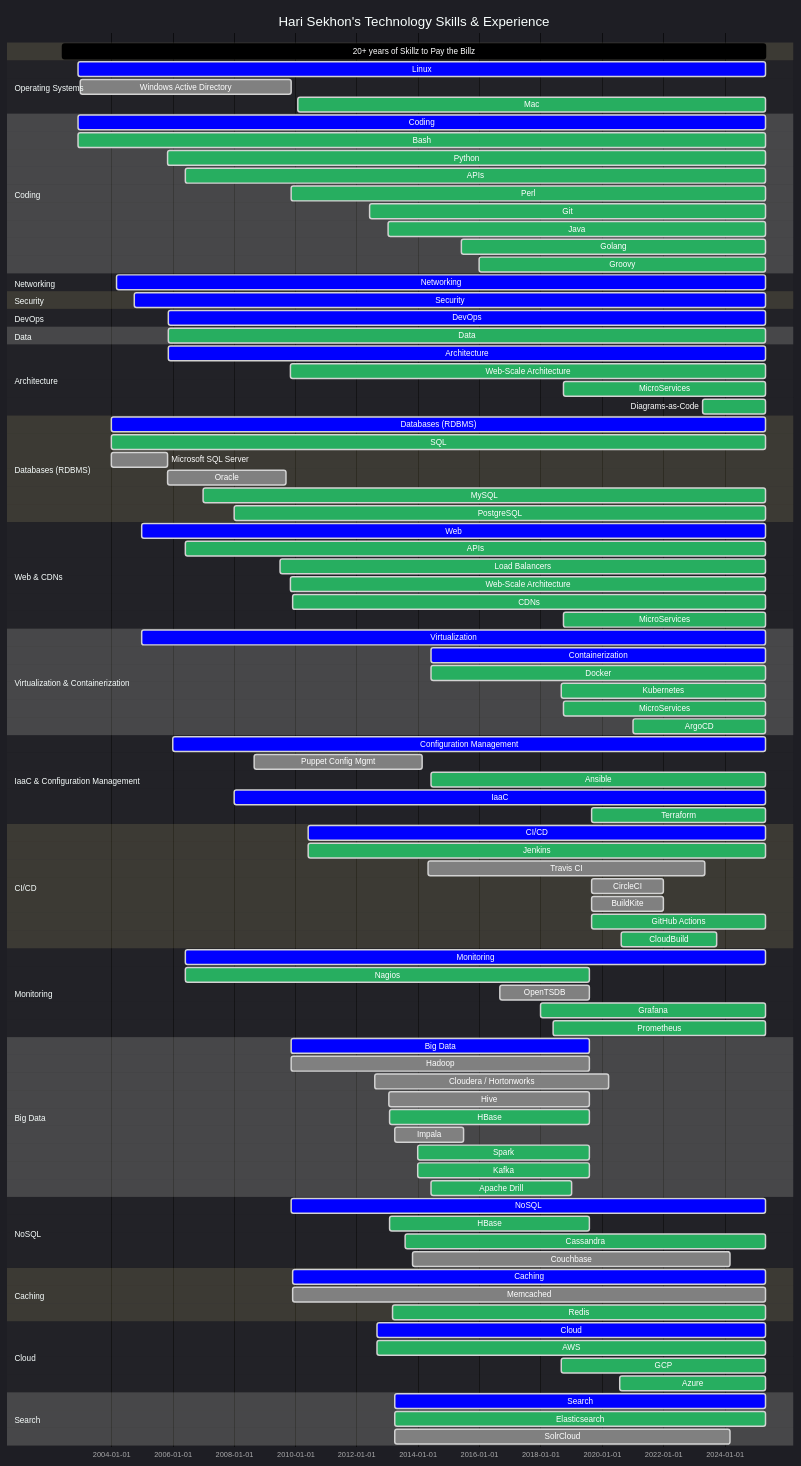
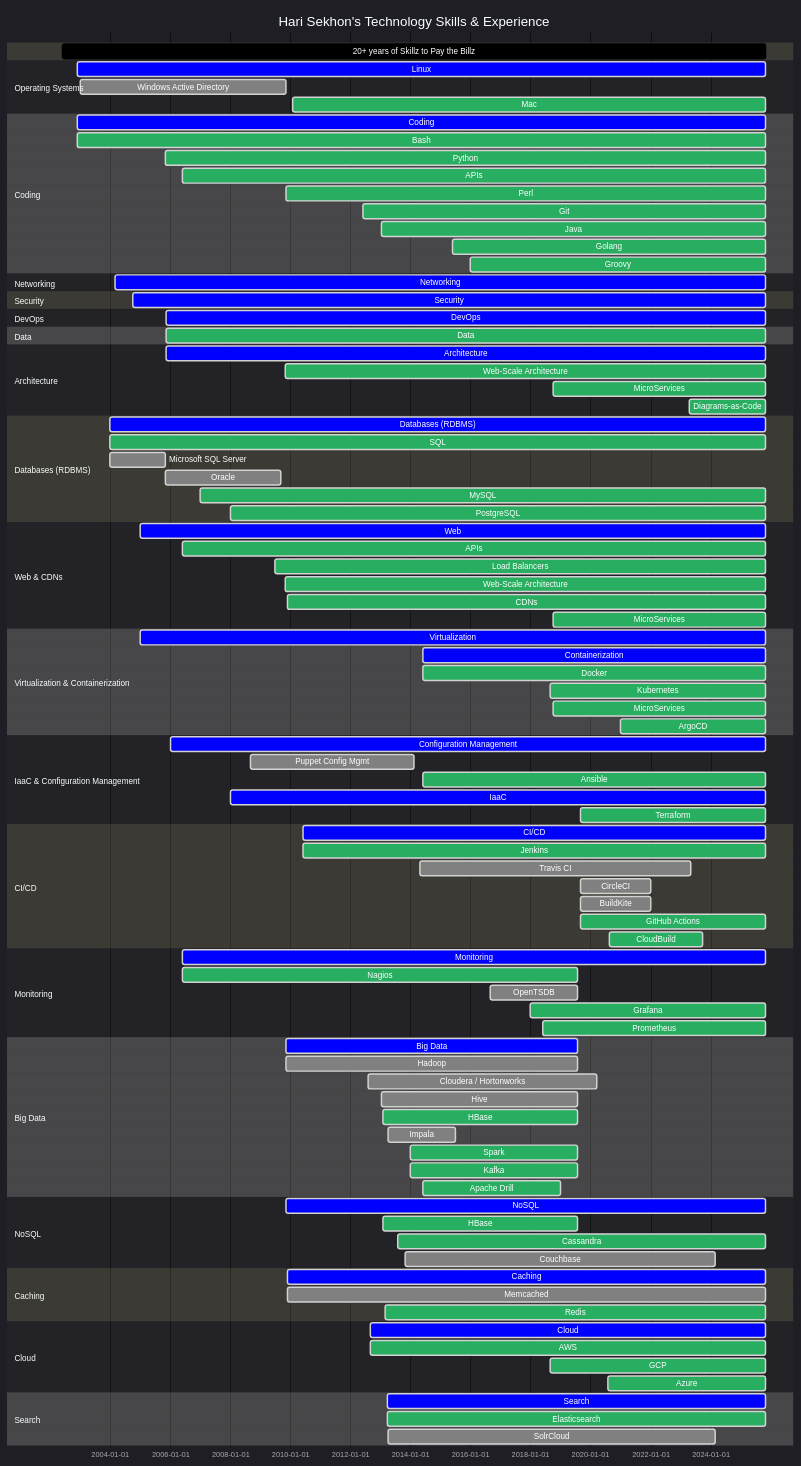
The second of 2 diagrams in README.md (HariSekhon/HariSekhon), drawn with Mermaid before and after one commit. The commit also changed other lines of this file, not shown here.

````diff
--- a/README.md
+++ b/README.md
@@ -1368,129 +1368,129 @@
     title Hari Sekhon's Technology Skills & Experience
     dateFormat  YYYY-MM-DD
 
-    20+ years of Skillz to Pay the Billz : 2002-06-01, 2025-04-30
+    20+ years of Skillz to Pay the Billz : 2002-06-01, 2025-10-30
 
     section Operating Systems
-    Linux                    : crit, 2002-12-01, 2025-04-30
+    Linux                    : crit, 2002-12-01, 2025-10-30
     Windows Active Directory : done, 2003-01-01, 2009-11-10
-    %%Redhat Linux             : active, 2002-12-01, 2025-04-30
-    %%Debian Linux             : active, 2003-01-01, 2025-04-30
+    %%Redhat Linux             : active, 2002-12-01, 2025-10-30
+    %%Debian Linux             : active, 2003-01-01, 2025-10-30
     %%Gentoo Linux             : done, 2004-06-01, 2009-11-10
-    %%Ubuntu Linux             : active, 2006-06-01, 2025-04-30
-    %%Alpine Linux             : done, 2016-01-01, 2025-04-30
-    Mac                      : active, 2010-02-01, 2025-04-30
+    %%Ubuntu Linux             : active, 2006-06-01, 2025-10-30
+    %%Alpine Linux             : done, 2016-01-01, 2025-10-30
+    Mac                      : active, 2010-02-01, 2025-10-30
 
     section Coding
-    Coding                 : crit, 2002-12-01, 2025-04-30
-    Bash                   : active, 2002-12-01, 2025-04-30
-    Python                 : active, 2005-11-01, 2025-04-30
-    APIs                   : active, 2006-06-01, 2025-04-30
+    Coding                 : crit, 2002-12-01, 2025-10-30
+    Bash                   : active, 2002-12-01, 2025-10-30
+    Python                 : active, 2005-11-01, 2025-10-30
+    APIs                   : active, 2006-06-01, 2025-10-30
     %%VBScript               : done, 2005-05-01, 2009-11-01
-    Perl                   : active, 2009-11-13, 2025-04-30
-    Git                    : active, 2012-06-01, 2025-04-30
+    Perl                   : active, 2009-11-13, 2025-10-30
+    Git                    : active, 2012-06-01, 2025-10-30
     %%Ruby                   : done, 2009-11-13, 2013-01-31
-    Java                   : active, 2013-01-13, 2025-04-30
+    Java                   : active, 2013-01-13, 2025-10-30
     %%Jython                 : done, 2013-01-13, 2015-12-31
     %%JRuby                  : done, 2013-03-01, 2013-08-31
     %%Scala                  : done, 2014-01-01, 2015-12-31
-    Golang                 : active, 2015-06-01, 2025-04-30
-    Groovy                 : active, 2016-01-01, 2025-04-30
+    Golang                 : active, 2015-06-01, 2025-10-30
+    Groovy                 : active, 2016-01-01, 2025-10-30
 
     %%section Build Systems
-    %%Make                   : active, 2006-06-01, 2025-04-30
-    %%Maven                  : active, 2013-02-01, 2025-04-30
-    %%SBT                    : active, 2014-01-01, 2025-04-30
-    %%Gradle                 : active, 2014-06-01, 2025-04-30
+    %%Make                   : active, 2006-06-01, 2025-10-30
+    %%Maven                  : active, 2013-02-01, 2025-10-30
+    %%SBT                    : active, 2014-01-01, 2025-10-30
+    %%Gradle                 : active, 2014-06-01, 2025-10-30
 
     %%section Version Control Systems
     %%Subversion             : done, 2005-11-13, 2012-06-01
     %%Mercurial              : done, 2011-06-01, 2013-06-01
-    %%Git                    : active, 2012-06-01, 2025-04-30
-    %%GitHub                 : active, 2012-12-31, 2025-04-30
+    %%Git                    : active, 2012-06-01, 2025-10-30
+    %%GitHub                 : active, 2012-12-31, 2025-10-30
 
     section Networking
-    Networking             : crit, 2004-03-01, 2025-04-30
-    %%VPNs                   : active, 2006-06-01, 2025-04-30
-    %%Cisco - IOS / NX-OS    : done, 2004-03-01, 2025-04-30
+    Networking             : crit, 2004-03-01, 2025-10-30
+    %%VPNs                   : active, 2006-06-01, 2025-10-30
+    %%Cisco - IOS / NX-OS    : done, 2004-03-01, 2025-10-30
     %%Juniper - Netscreen / SSG / SRX / ScreenOS / JunOS : done, 2007-01-01, 2013-01-18
     %%Netgear                : done, 2005-01-01, 2012-12-31
 
     section Load Balancers
 
     section Security
-    Security               : crit, 2004-10-01, 2025-04-30
-    %%Kerberos               : active, 2006-06-01, 2025-04-30
-    %%LDAP                   : active, 2006-06-01, 2025-04-30
+    Security               : crit, 2004-10-01, 2025-10-30
+    %%Kerberos               : active, 2006-06-01, 2025-10-30
+    %%LDAP                   : active, 2006-06-01, 2025-10-30
 
     section DevOps
-    DevOps                   : crit, 2005-11-11, 2025-04-30
+    DevOps                   : crit, 2005-11-11, 2025-10-30
 
     section Data
-    Data                   : active, 2005-11-11, 2025-04-30
-    %%Data Validation        : done, 2006-06-01, 2025-04-30
-    %%Data Science           : done, 2013-01-18, 2025-04-30
+    Data                   : active, 2005-11-11, 2025-10-30
+    %%Data Validation        : done, 2006-06-01, 2025-10-30
+    %%Data Science           : done, 2013-01-18, 2025-10-30
 
     section Architecture
-    Architecture            : crit,   2005-11-11, 2025-04-30
-    Web-Scale Architecture  : active, 2009-11-01, 2025-04-30
-    MicroServices           : active, 2018-10-01, 2025-04-30
-    Diagrams-as-Code        : active, 2023-04-14, 2025-04-30
+    Architecture            : crit,   2005-11-11, 2025-10-30
+    Web-Scale Architecture  : active, 2009-11-01, 2025-10-30
+    MicroServices           : active, 2018-10-01, 2025-10-30
+    Diagrams-as-Code        : active, 2023-04-14, 2025-10-30
 
     section Databases (RDBMS)
-    Databases (RDBMS)      : crit, 2004-01-01, 2025-04-30
-    SQL                    : active, 2004-01-01, 2025-04-30
+    Databases (RDBMS)      : crit, 2004-01-01, 2025-10-30
+    SQL                    : active, 2004-01-01, 2025-10-30
     Microsoft SQL Server   : done, 2004-01-01, 2005-10-31
     Oracle                 : done, 2005-11-01, 2009-09-10
-    MySQL                  : active, 2007-01-01, 2025-04-30
-    PostgreSQL             : active, 2008-01-01, 2025-04-30
+    MySQL                  : active, 2007-01-01, 2025-10-30
+    PostgreSQL             : active, 2008-01-01, 2025-10-30
 
     section Web & CDNs
-    Web                    : crit, 2005-01-01, 2025-04-30
-    APIs                   : active, 2006-06-01, 2025-04-30
+    Web                    : crit, 2005-01-01, 2025-10-30
+    APIs                   : active, 2006-06-01, 2025-10-30
 
-    Load Balancers         : active, 2009-07-01, 2025-04-30
+    Load Balancers         : active, 2009-07-01, 2025-10-30
     %%LVS                    : done, 2009-01-01, 2009-11-11
     %%Foundry - ServerIron XL / 4G : done, 2009-10-13, 2011-11-31
     %%F5 BigIP               : done, 2010-06-01, 2013-01-18
-    %%HAProxy                : active, 2018-04-01, 2025-04-30
-    %%Kong                   : active, 2023-03-01, 2025-04-30
-    %%Traefik                : active, 2023-03-01, 2025-04-30
+    %%HAProxy                : active, 2018-04-01, 2025-10-30
+    %%Kong                   : active, 2023-03-01, 2025-10-30
+    %%Traefik                : active, 2023-03-01, 2025-10-30
 
-    Web-Scale Architecture : active, 2009-11-01, 2025-04-30
-    CDNs                   : active, 2009-12-01, 2025-04-30
+    Web-Scale Architecture : active, 2009-11-01, 2025-10-30
+    CDNs                   : active, 2009-12-01, 2025-10-30
     %%UlraDNS                : done, 2009-11-01, 2012-06-31
     %%Cotendo                : done, 2012-06-01, 2013-01-13
-    %%Cloudflare             : active, 2020-08-20, 2025-04-30
-    MicroServices            : active, 2018-10-01, 2025-04-30
+    %%Cloudflare             : active, 2020-08-20, 2025-10-30
+    MicroServices            : active, 2018-10-01, 2025-10-30
 
     section Virtualization & Containerization
-    Virtualization         : crit, 2005-01-01, 2025-04-30
+    Virtualization         : crit, 2005-01-01, 2025-10-30
     %%VMware ESX, ESXi, VirtualBox : done, 2005-01-01, 2017-02-16
     %%Vagrant                : active, 2013-01-01, 2023-12-31
-    Containerization       : crit, 2014-06-01, 2025-04-30
-    Docker                 : active, 2014-06-01, 2025-04-30
-    Kubernetes             : active, 2018-09-01, 2025-04-30
-    MicroServices          : active, 2018-10-01, 2025-04-30
-    ArgoCD                 : active, 2021-01-01, 2025-04-30
+    Containerization       : crit, 2014-06-01, 2025-10-30
+    Docker                 : active, 2014-06-01, 2025-10-30
+    Kubernetes             : active, 2018-09-01, 2025-10-30
+    MicroServices          : active, 2018-10-01, 2025-10-30
+    ArgoCD                 : active, 2021-01-01, 2025-10-30
 
     section IaaC & Configuration Management
-    Configuration Management :crit, 2006-01-01, 2025-04-30
+    Configuration Management :crit, 2006-01-01, 2025-10-30
     Puppet Config Mgmt     : done, 2008-09-01, 2014-02-18
-    Ansible                : active, 2014-06-01, 2025-04-30
-    IaaC                   :crit, 2008-01-01, 2025-04-30
-    Terraform              :active, 2019-09-01, 2025-04-30
+    Ansible                : active, 2014-06-01, 2025-10-30
+    IaaC                   :crit, 2008-01-01, 2025-10-30
+    Terraform              :active, 2019-09-01, 2025-10-30
     %%Terraform Cloud        : active, 2021-09-01, 2022-09-31
-    %%Kickstart              : active, 2008-01-01, 2025-04-30
-    %%Preseed                : active, 2009-01-01, 2025-04-30
-    %%AutoInstall            : active, 2023-01-01, 2025-04-30
+    %%Kickstart              : active, 2008-01-01, 2025-10-30
+    %%Preseed                : active, 2009-01-01, 2025-10-30
+    %%AutoInstall            : active, 2023-01-01, 2025-10-30
 
     section CI/CD
-    CI/CD                  : crit, 2010-06-01, 2025-04-30
-    Jenkins                : active, 2010-06-01, 2025-04-30
+    CI/CD                  : crit, 2010-06-01, 2025-10-30
+    Jenkins                : active, 2010-06-01, 2025-10-30
     Travis CI              : done, 2014-05-01, 2023-05-08
     CircleCI               : done, 2019-09-01, 2021-12-31
     BuildKite              : done, 2019-09-01, 2021-12-31
-    GitHub Actions         : active, 2019-09-01, 2025-04-30
+    GitHub Actions         : active, 2019-09-01, 2025-10-30
     %%GitLab                 : active, 2019-09-01, 2022-12-31
     %%Azure DevOps           : done, 2019-09-01, 2022-12-31
     %%Bitbucket              : done, 2019-09-01, 2022-12-31
@@ -1499,11 +1499,11 @@
     CloudBuild             : active, 2020-08-20, 2023-09-30
 
     section Monitoring
-    Monitoring             : crit, 2006-06-01, 2025-04-30
+    Monitoring             : crit, 2006-06-01, 2025-10-30
     Nagios                 : active, 2006-06-01, 2019-07-31
     OpenTSDB               : done, 2016-09-01, 2019-07-31
-    Grafana                : active, 2018-01-01, 2025-04-30
-    Prometheus             : active, 2018-06-01, 2025-04-30
+    Grafana                : active, 2018-01-01, 2025-10-30
+    Prometheus             : active, 2018-06-01, 2025-10-30
     %%Pingdom                : done, 2020-08-20, 2023-09-17
     %%Datadog                : done, 2022-08-20, 2023-09-17
 
@@ -1521,28 +1521,28 @@
     Apache Drill           : active, 2014-06-01, 2018-12-31
 
     section NoSQL
-    NoSQL                  : crit, 2009-11-13, 2025-04-30
+    NoSQL                  : crit, 2009-11-13, 2025-10-30
     HBase                  : active, 2013-02-01, 2019-07-31
     %%MongoDB                : done, 2013-06-01, 2013-12-31
-    Cassandra              : active, 2013-08-01, 2025-04-30
+    Cassandra              : active, 2013-08-01, 2025-10-30
     Couchbase              : done, 2013-11-01, 2024-03-01
 
     section Caching
-    Caching                : crit, 2009-11-31, 2025-04-30
-    Memcached              : done, 2009-11-31, 2025-04-30
-    Redis                  : active, 2013-03-01, 2025-04-30
+    Caching                : crit, 2009-11-31, 2025-10-30
+    Memcached              : done, 2009-11-31, 2025-10-30
+    Redis                  : active, 2013-03-01, 2025-10-30
 
     section Cloud
-    Cloud            : crit, 2012-09-01, 2025-04-30
-    AWS              : active, 2012-09-01, 2025-04-30
-    GCP              : active, 2018-09-01, 2025-04-30
-    Azure            : active, 2020-08-01, 2025-04-30
+    Cloud            : crit, 2012-09-01, 2025-10-30
+    AWS              : active, 2012-09-01, 2025-10-30
+    GCP              : active, 2018-09-01, 2025-10-30
+    Azure            : active, 2020-08-01, 2025-10-30
 
     section Search
-    Search                 : crit, 2013-03-31, 2025-04-30
-    Elasticsearch          : active, 2013-03-31, 2025-04-30
-    %%LogStash               : done, 2013-03-31, 2025-04-30
-    %%Fluentd                : crit, 2018-03-31, 2025-04-30
-    %%Kibana                 : crit, 2013-03-31, 2025-04-30
+    Search                 : crit, 2013-03-31, 2025-10-30
+    Elasticsearch          : active, 2013-03-31, 2025-10-30
+    %%LogStash               : done, 2013-03-31, 2025-10-30
+    %%Fluentd                : crit, 2018-03-31, 2025-10-30
+    %%Kibana                 : crit, 2013-03-31, 2025-10-30
     SolrCloud              : done, 2013-04-01, 2024-03-01
 ```
````
